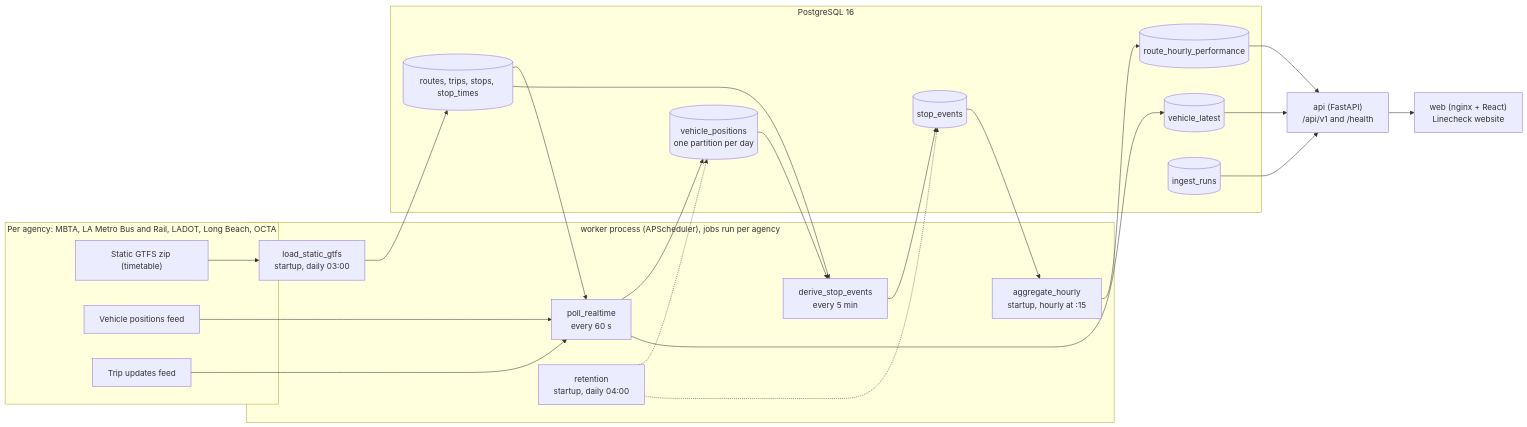
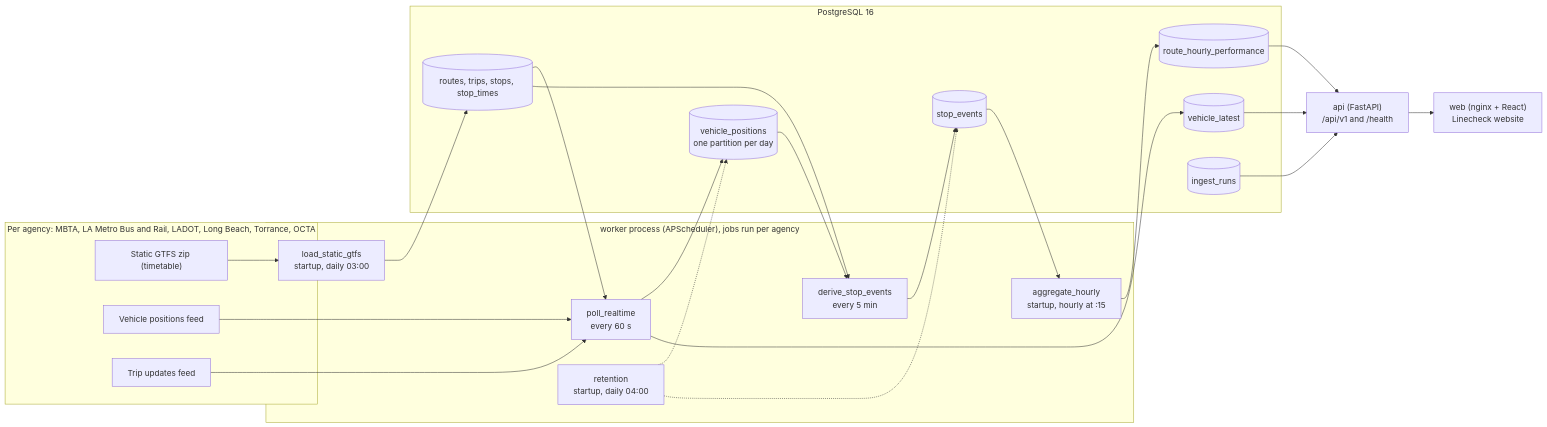
One commit to MrCheesePro/urban-transit-monitor changed the diagram in README.md. Above: the diagram before and after it, drawn with Mermaid. The commit also changed other lines of this file and 15 other files, not shown here.

````diff
--- a/README.md
+++ b/README.md
@@ -36,44 +36,44 @@
 ```mermaid
 flowchart LR
-    subgraph SOURCES["Per agency: MBTA, LA Metro Bus and Rail, LADOT, Long Beach, OCTA"]
+    subgraph SOURCES["Per agency: MBTA, LA Metro Bus and Rail, LADOT, Long Beach, Torrance, OCTA"]
         GTFS["Static GTFS zip (timetable)"]
         VP_FEED["Vehicle positions feed"]
         TU_FEED["Trip updates feed"]
     end
 
     subgraph WORKER["worker process (APScheduler), jobs run per agency"]
         LOAD["load_static_gtfs<br/>startup, daily 03:00"]
         POLL["poll_realtime<br/>every 60 s"]
         DERIVE["derive_stop_events<br/>every 5 min"]
         AGG["aggregate_hourly<br/>startup, hourly at :15"]
         RET["retention<br/>startup, daily 04:00"]
     end
 
     subgraph DB["PostgreSQL 16"]
         STATIC[("routes, trips, stops, stop_times")]
         POSITIONS[("vehicle_positions<br/>one partition per day")]
         LATEST[("vehicle_latest")]
         EVENTS[("stop_events")]
         HOURLY[("route_hourly_performance")]
         RUNS[("ingest_runs")]
     end
 
     API["api (FastAPI)<br/>/api/v1 and /health"]
     WEB["web (nginx + React)<br/>Linecheck website"]
 
     GTFS --> LOAD --> STATIC
     VP_FEED --> POLL
     TU_FEED --> POLL
     STATIC --> POLL
     POLL --> POSITIONS
     POLL --> LATEST
     POSITIONS --> DERIVE
     STATIC --> DERIVE
     DERIVE --> EVENTS --> AGG --> HOURLY
     RET -.-> POSITIONS
     RET -.-> EVENTS
     LATEST --> API
     HOURLY --> API
     RUNS --> API
     API --> WEB
 ```
````
